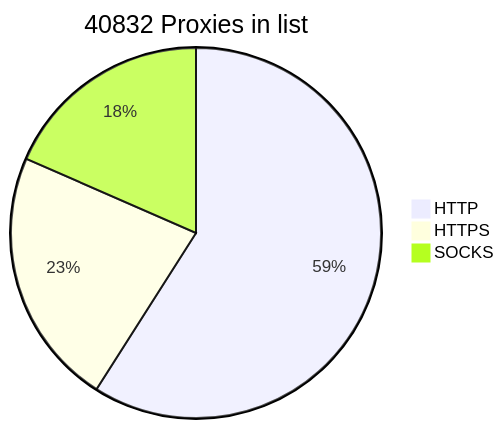
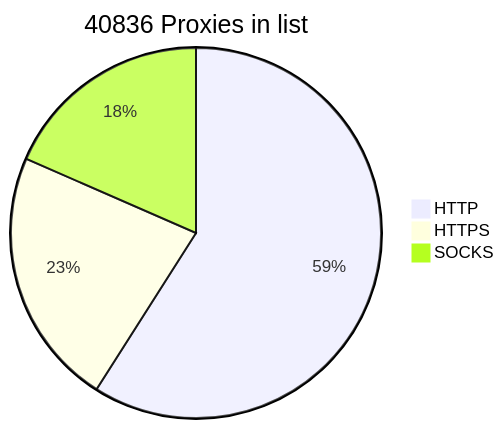
Before and after one commit to BlackSnowDot/proxylist-update-every-minute: the diagram in README.md, drawn with Mermaid.

````diff
--- a/README.md
+++ b/README.md
@@ -2,6 +2,6 @@
 ```mermaid
-pie title 40832 Proxies in list
+pie title 40836 Proxies in list
     "HTTP" : 28337
     "HTTPS": 10821
-    "SOCKS" : 8852
+    "SOCKS" : 8856
 ```
````
